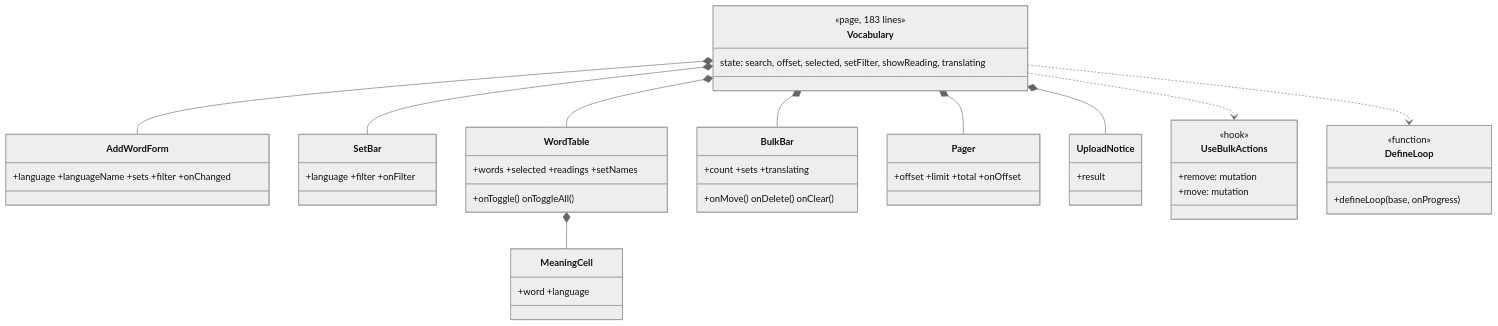
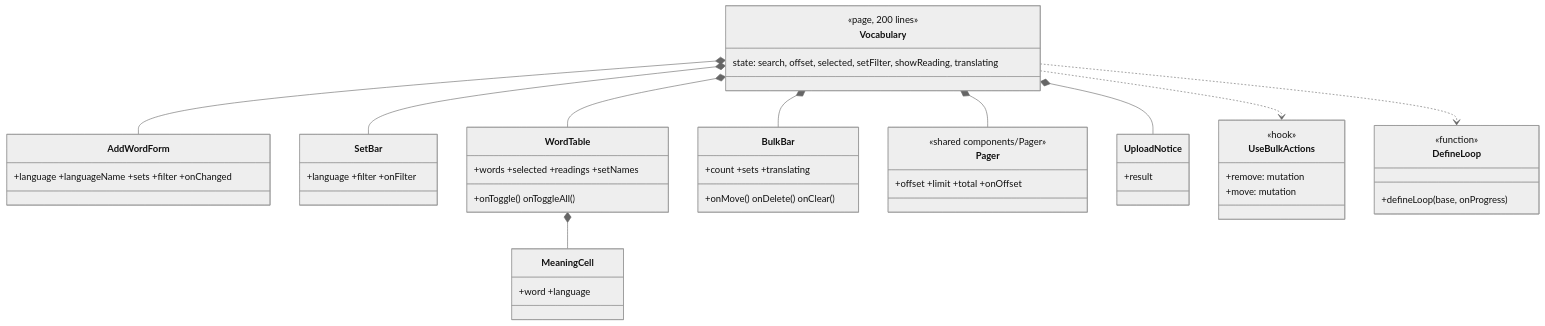
Before and after one commit to stanley-yang-2001/bpllc_project: the third of 10 diagrams in docs/class-diagram-frontend.md, drawn with Mermaid (neutral theme). The commit also changed other lines of this file and 4 other files, not shown here.

First line of the commit message:
Docs: class diagrams and design notes follow the B1 to B12 and F1 to F9 splits

````diff
--- a/docs/class-diagram-frontend.md
+++ b/docs/class-diagram-frontend.md
@@ -159,48 +238,49 @@
 ```mermaid
 classDiagram
     class Vocabulary {
-        <<page, 183 lines>>
+        <<page, 200 lines>>
         state: search, offset, selected, setFilter, showReading, translating
     }
     class AddWordForm {
         +language +languageName +sets +filter +onChanged
     }
     class SetBar {
         +language +filter +onFilter
     }
     class WordTable {
         +words +selected +readings +setNames
         +onToggle() onToggleAll()
     }
     class MeaningCell {
         +word +language
     }
     class BulkBar {
         +count +sets +translating
         +onMove() onDelete() onClear()
     }
     class Pager {
+        <<shared components/Pager>>
         +offset +limit +total +onOffset
     }
     class UploadNotice {
         +result
     }
     class UseBulkActions {
         <<hook>>
         +remove: mutation
         +move: mutation
     }
     class DefineLoop {
         <<function>>
         +defineLoop(base, onProgress)
     }
     Vocabulary *-- AddWordForm
     Vocabulary *-- SetBar
     Vocabulary *-- WordTable
     Vocabulary *-- BulkBar
     Vocabulary *-- Pager
     Vocabulary *-- UploadNotice
     Vocabulary ..> UseBulkActions
     Vocabulary ..> DefineLoop
     WordTable *-- MeaningCell
 ```
````
